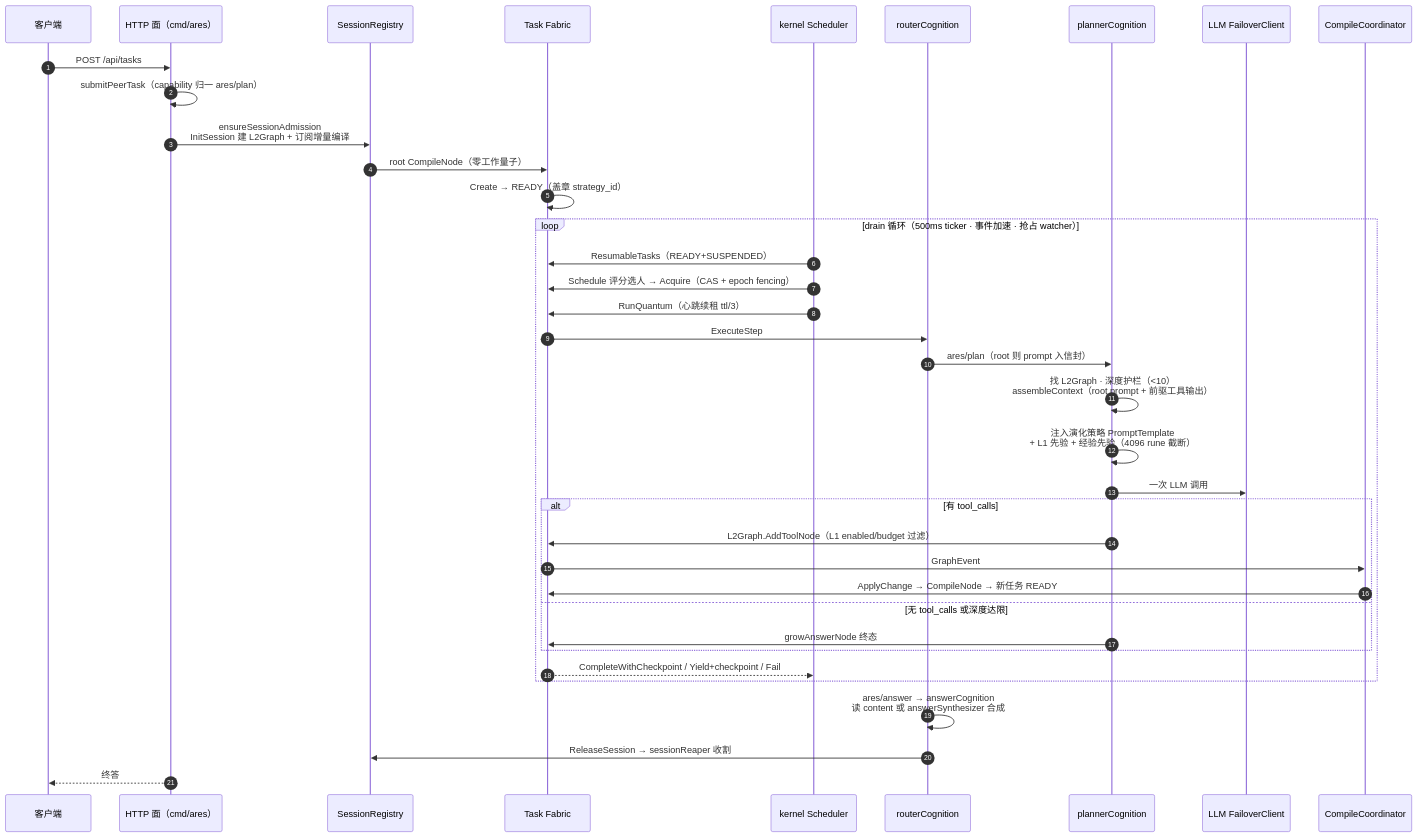
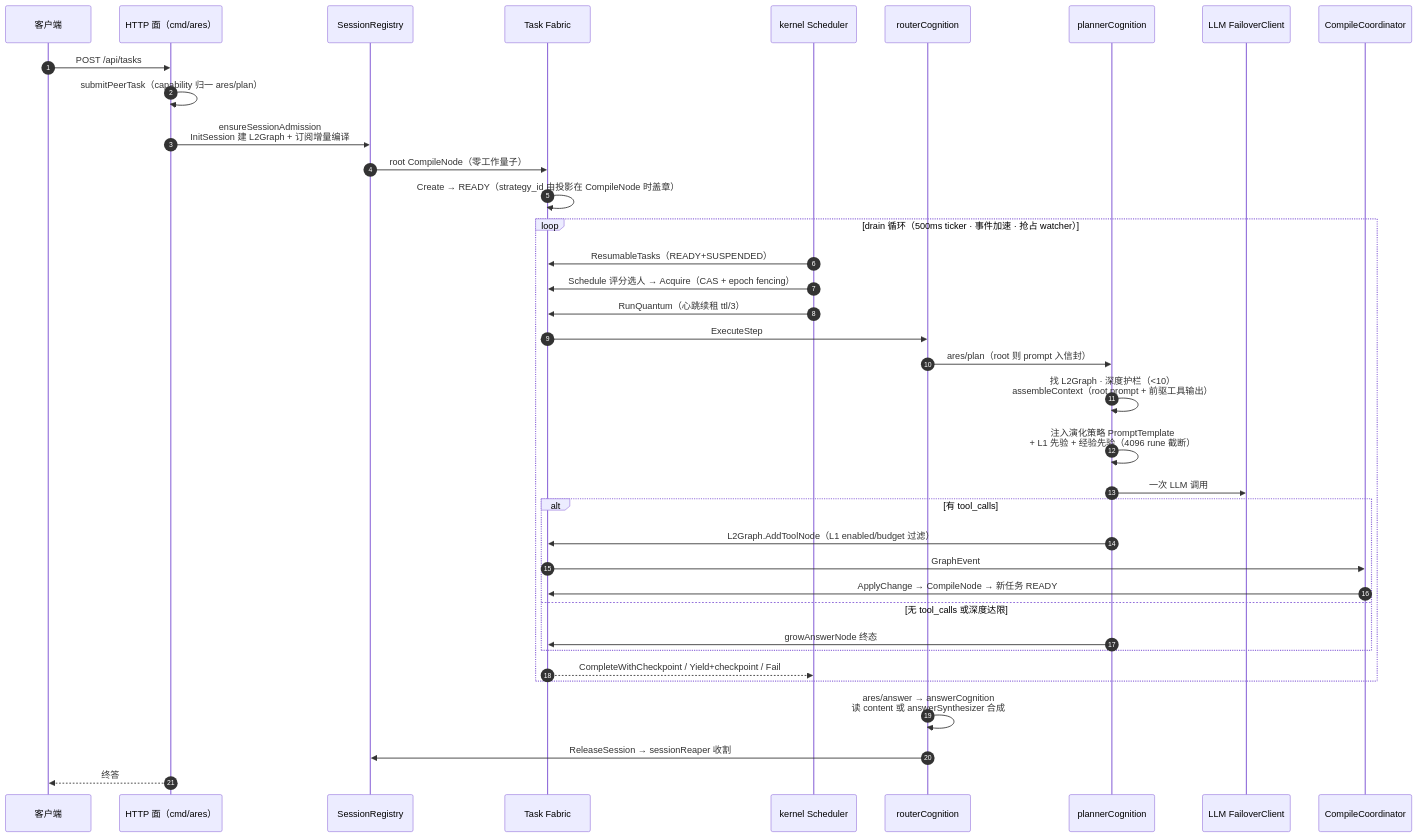
The second of 10 diagrams in ARCHITECTURE_DIAGRAM.md (Timwood0x10/ARES), drawn with Mermaid before and after one commit. The commit also changed other lines of this file and 28 other files, not shown here.

````diff
--- a/ARCHITECTURE_DIAGRAM.md
+++ b/ARCHITECTURE_DIAGRAM.md
@@ -145,42 +146,42 @@
 ```mermaid
 sequenceDiagram
     autonumber
     participant C as 客户端
     participant H as HTTP 面（cmd/ares）
     participant SR as SessionRegistry
     participant TF as Task Fabric
     participant K as kernel Scheduler
     participant RT as routerCognition
     participant P as plannerCognition
     participant L as LLM FailoverClient
     participant CC as CompileCoordinator
 
     C->>H: POST /api/tasks
     H->>H: submitPeerTask（capability 归一 ares/plan）
     H->>SR: ensureSessionAdmission<br/>InitSession 建 L2Graph + 订阅增量编译
     SR->>TF: root CompileNode（零工作量子）
-    TF->>TF: Create → READY（盖章 strategy_id）
+    TF->>TF: Create → READY（strategy_id 由投影在 CompileNode 时盖章）
 
     loop drain 循环（500ms ticker · 事件加速 · 抢占 watcher）
         K->>TF: ResumableTasks（READY+SUSPENDED）
         K->>TF: Schedule 评分选人 → Acquire（CAS + epoch fencing）
         K->>TF: RunQuantum（心跳续租 ttl/3）
         TF->>RT: ExecuteStep
         RT->>P: ares/plan（root 则 prompt 入信封）
         P->>P: 找 L2Graph · 深度护栏（<10）<br/>assembleContext（root prompt + 前驱工具输出）
         P->>P: 注入演化策略 PromptTemplate<br/>+ L1 先验 + 经验先验（4096 rune 截断）
         P->>L: 一次 LLM 调用
         alt 有 tool_calls
             P->>TF: L2Graph.AddToolNode（L1 enabled/budget 过滤）
             TF->>CC: GraphEvent
             CC->>TF: ApplyChange → CompileNode → 新任务 READY
         else 无 tool_calls 或深度达限
             P->>TF: growAnswerNode 终态
         end
         TF-->>K: CompleteWithCheckpoint / Yield+checkpoint / Fail
     end
 
     RT->>RT: ares/answer → answerCognition<br/>读 content 或 answerSynthesizer 合成
     RT->>SR: ReleaseSession → sessionReaper 收割
     H-->>C: 终答
 ```
````
